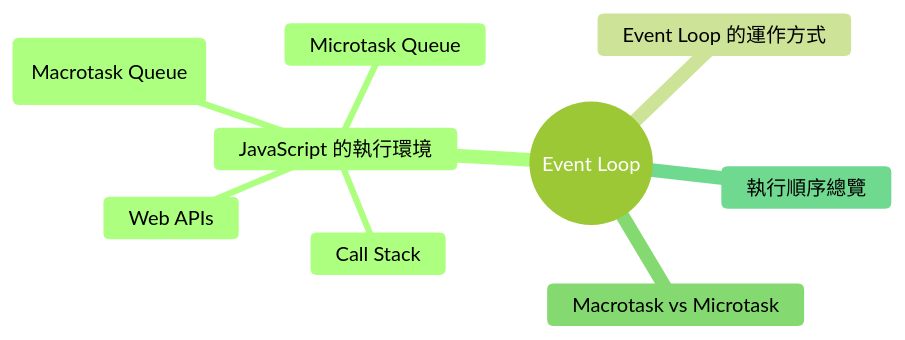
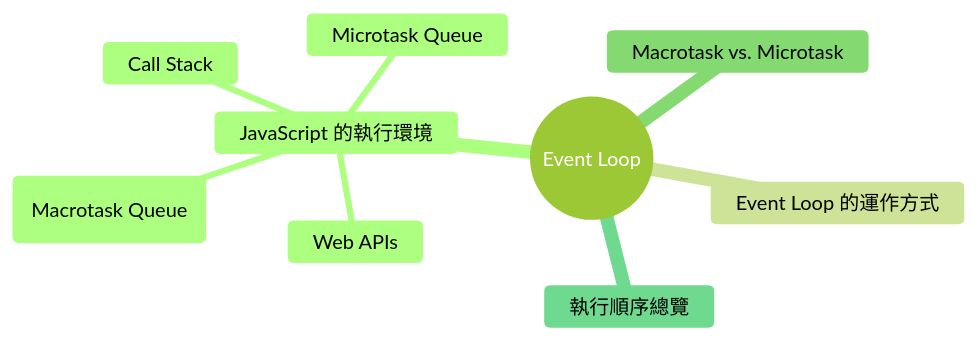
One commit to Charmying/blog changed the first of 3 diagrams in src/posts/zh-TW/javascript-event-loop.mdx. Above: the diagram before and after it, drawn with Mermaid (forest theme). The commit also changed other lines of this file and 41 other files, not shown here.

````diff
--- a/src/posts/zh-TW/javascript-event-loop.mdx
+++ b/src/posts/zh-TW/javascript-event-loop.mdx
@@ -14,12 +14,12 @@
 ```mermaid
 mindmap
   	root((Event Loop))
     	JavaScript 的執行環境
       		Call Stack
       		Web APIs
       		Task Queue (Macrotask Queue)
       		Microtask Queue
     	Event Loop 的運作方式
-    	Macrotask vs Microtask
+    	Macrotask vs. Microtask
     	執行順序總覽
 ```
````
